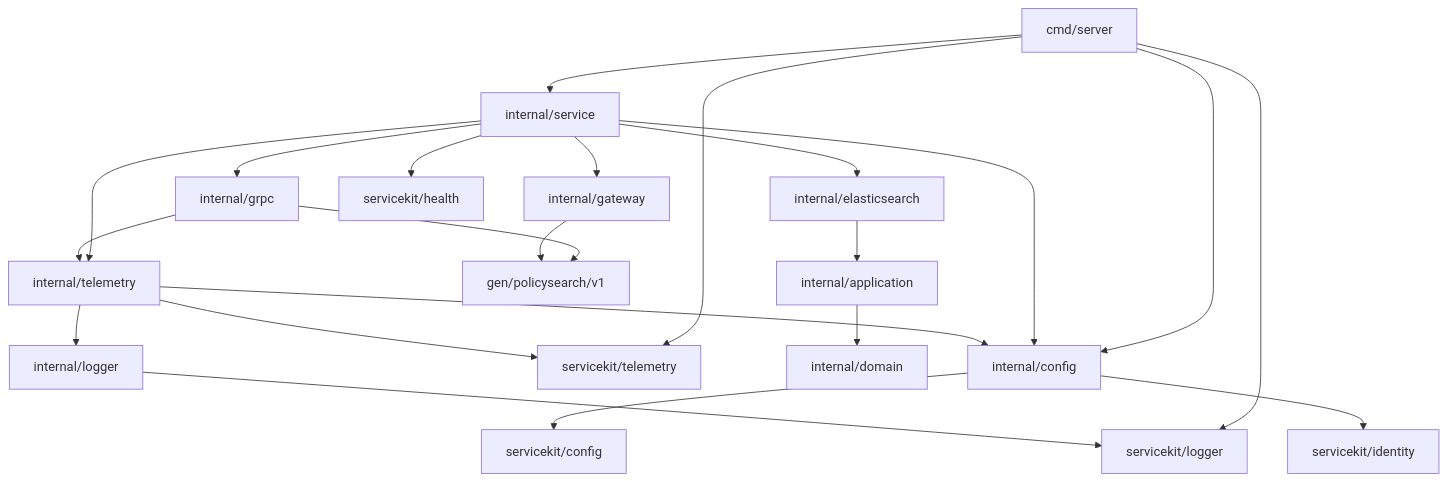
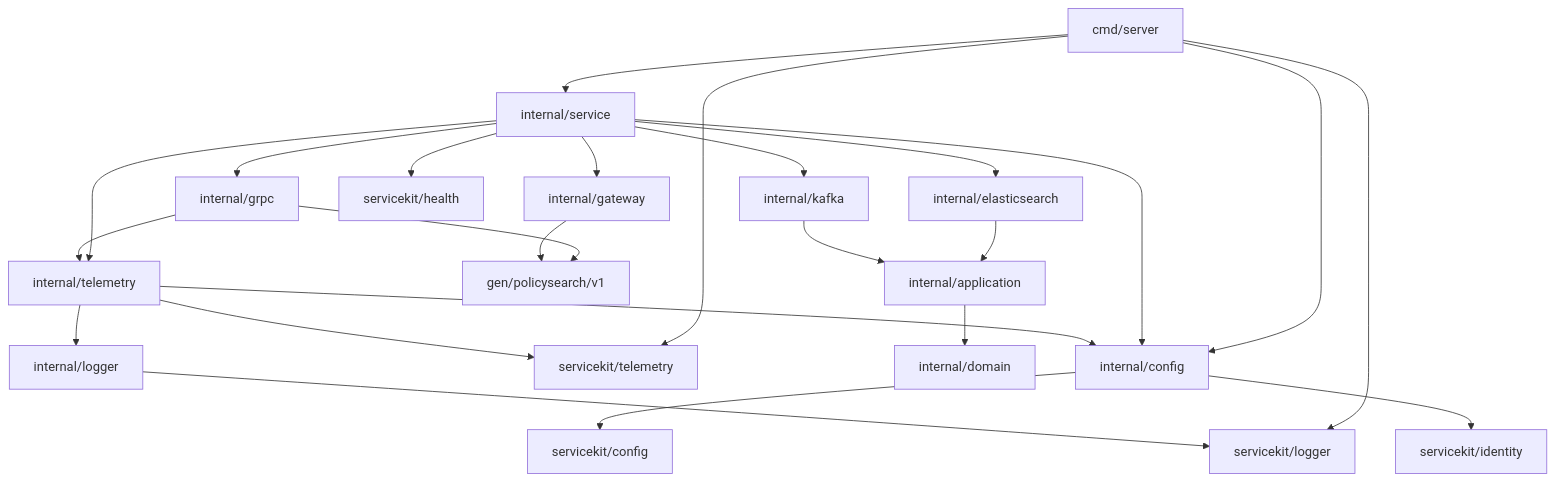
One commit to igor-baiborodine/insurance-hub changed the diagram in services/policy-search-service/README.md. Above: the diagram before and after it, drawn with Mermaid. The commit also changed other lines of this file and 8 other files, not shown here.

````diff
--- a/services/policy-search-service/README.md
+++ b/services/policy-search-service/README.md
@@ -464,24 +476,26 @@
 ```mermaid
 flowchart TD
     entry["cmd/server"] --> composition["internal/service"]
     entry --> config["internal/config"]
     entry --> sharedLogger["servicekit/logger"]
     entry --> sharedTelemetry["servicekit/telemetry"]
     composition --> grpc["internal/grpc"]
     composition --> gateway["internal/gateway"]
     composition --> health["servicekit/health"]
     composition --> telemetry["internal/telemetry"]
     composition --> elasticsearchAdapters["internal/elasticsearch"]
+    composition --> kafka["internal/kafka"]
     composition --> config
     grpc --> telemetry
     grpc --> generated["gen/policysearch/v1"]
     gateway --> generated
     elasticsearchAdapters --> application["internal/application"]
+    kafka --> application
     application --> domain["internal/domain"]
     telemetry --> config
     telemetry --> logger["internal/logger"]
     telemetry --> sharedTelemetry
     logger --> sharedLogger
     config --> sharedConfig["servicekit/config"]
     config --> sharedIdentity["servicekit/identity"]
 ```
````
